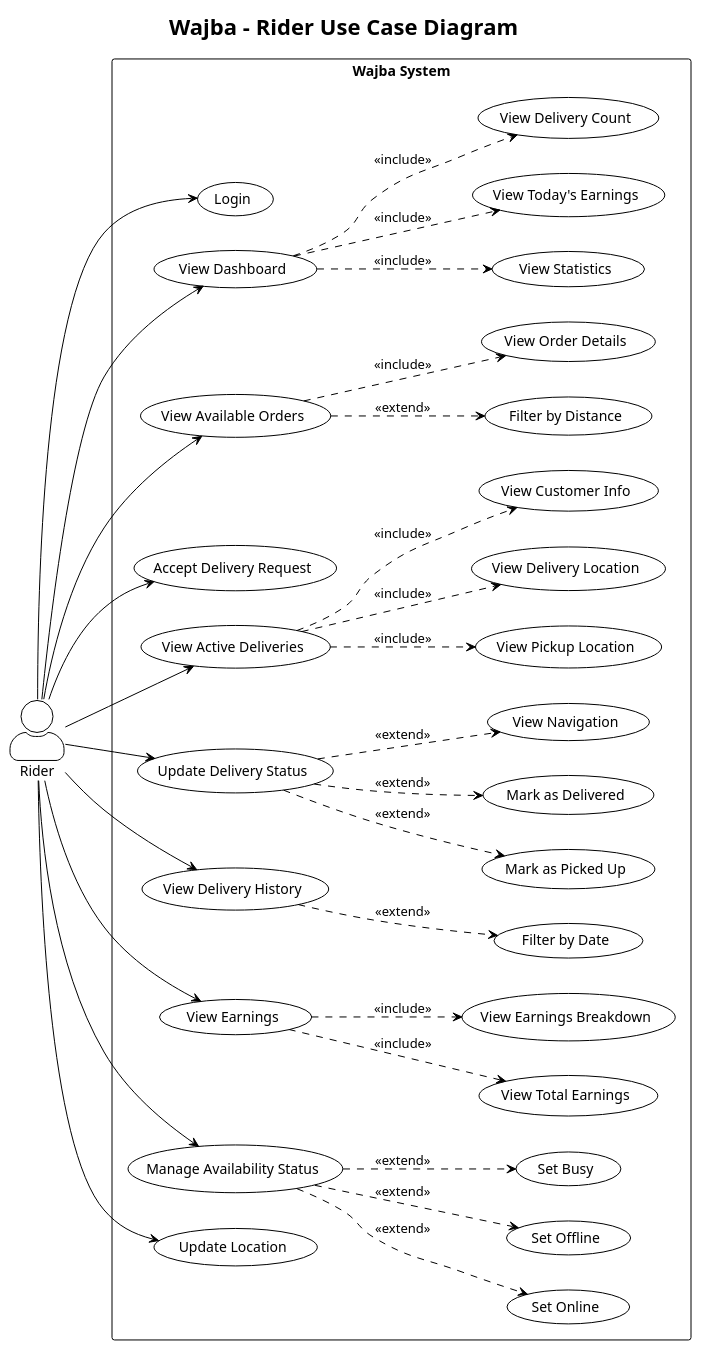
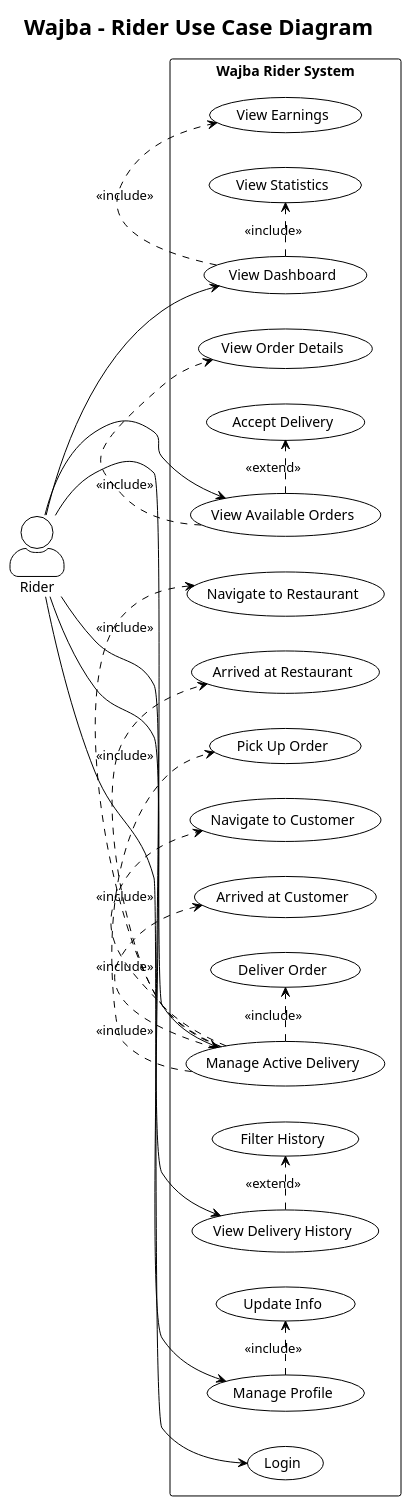
Before and after one commit to mmahmood233/SmartBite: the diagram in diagrams/usecase-rider.puml, drawn with PlantUML. The commit also changed 127 other files, not shown here.

First line of the commit message:
docs: add comprehensive order flow documentation and data management scripts

```diff
--- a/diagrams/usecase-rider.puml
+++ b/diagrams/usecase-rider.puml
@@ -1,97 +1,74 @@
-@startuml Rider Use Case Diagram
+@startuml Rider Use Case
 !theme plain
 skinparam actorStyle awesome
 
 title Wajba - Rider Use Case Diagram
 
 left to right direction
 
 actor Rider as R
 
-rectangle "Wajba System" {
+rectangle "Wajba Rider System" {
+  
   ' Authentication
   usecase "Login" as UC1
   
   ' Dashboard
   usecase "View Dashboard" as UC2
-  usecase "View Statistics" as UC2A
-  usecase "View Today's Earnings" as UC2B
-  usecase "View Delivery Count" as UC2C
+  usecase "View Earnings" as UC2A
+  usecase "View Statistics" as UC2B
   
   ' Order Management
   usecase "View Available Orders" as UC3
-  usecase "Filter by Distance" as UC3A
-  usecase "View Order Details" as UC3B
-  usecase "Accept Delivery Request" as UC4
-  usecase "View Active Deliveries" as UC5
-  usecase "View Pickup Location" as UC5A
-  usecase "View Delivery Location" as UC5B
-  usecase "View Customer Info" as UC5C
+  usecase "View Order Details" as UC3A
+  usecase "Accept Delivery" as UC3B
   
-  ' Delivery Status
-  usecase "Update Delivery Status" as UC6
-  usecase "Mark as Picked Up" as UC7
-  usecase "Mark as Delivered" as UC8
-  usecase "View Navigation" as UC6A
+  ' Active Delivery
+  usecase "Manage Active Delivery" as UC4
+  usecase "Navigate to Restaurant" as UC4A
+  usecase "Arrived at Restaurant" as UC4B
+  usecase "Pick Up Order" as UC4C
+  usecase "Navigate to Customer" as UC4D
+  usecase "Arrived at Customer" as UC4E
+  usecase "Deliver Order" as UC4F
   
-  ' History & Earnings
-  usecase "View Delivery History" as UC9
-  usecase "Filter by Date" as UC9A
-  usecase "View Earnings" as UC10
-  usecase "View Total Earnings" as UC10A
-  usecase "View Earnings Breakdown" as UC10B
+  ' History
+  usecase "View Delivery History" as UC5
+  usecase "Filter History" as UC5A
   
-  ' Availability Management
-  usecase "Manage Availability Status" as UC11
-  usecase "Set Online" as UC11A
-  usecase "Set Offline" as UC11B
-  usecase "Set Busy" as UC11C
-  
-  ' Location
-  usecase "Update Location" as UC12
+  ' Profile
+  usecase "Manage Profile" as UC6
+  usecase "Update Info" as UC6A
 }
 
 ' Rider relationships
 R --> UC1
 R --> UC2
 R --> UC3
 R --> UC4
 R --> UC5
 R --> UC6
-R --> UC9
-R --> UC10
-R --> UC11
-R --> UC12
 
 ' Dashboard includes
-UC2 ..> UC2A : <<include>>
-UC2 ..> UC2B : <<include>>
-UC2 ..> UC2C : <<include>>
+UC2 .> UC2A : <<include>>
+UC2 .> UC2B : <<include>>
 
-' Available Orders includes
-UC3 ..> UC3A : <<extend>>
-UC3 ..> UC3B : <<include>>
+' Available Orders
+UC3 .> UC3A : <<include>>
+UC3 .> UC3B : <<extend>>
 
-' Active Deliveries includes
-UC5 ..> UC5A : <<include>>
-UC5 ..> UC5B : <<include>>
-UC5 ..> UC5C : <<include>>
+' Active Delivery (matches status flow)
+UC4 .> UC4A : <<include>>
+UC4 .> UC4B : <<include>>
+UC4 .> UC4C : <<include>>
+UC4 .> UC4D : <<include>>
+UC4 .> UC4E : <<include>>
+UC4 .> UC4F : <<include>>
 
-' Delivery Status includes
-UC6 ..> UC7 : <<extend>>
-UC6 ..> UC8 : <<extend>>
-UC6 ..> UC6A : <<extend>>
+' History
+UC5 .> UC5A : <<extend>>
 
-' History includes
-UC9 ..> UC9A : <<extend>>
-
-' Earnings includes
-UC10 ..> UC10A : <<include>>
-UC10 ..> UC10B : <<include>>
-
-' Availability includes
-UC11 ..> UC11A : <<extend>>
-UC11 ..> UC11B : <<extend>>
-UC11 ..> UC11C : <<extend>>
+' Profile
+UC6 .> UC6A : <<include>>
 
 @enduml
```
